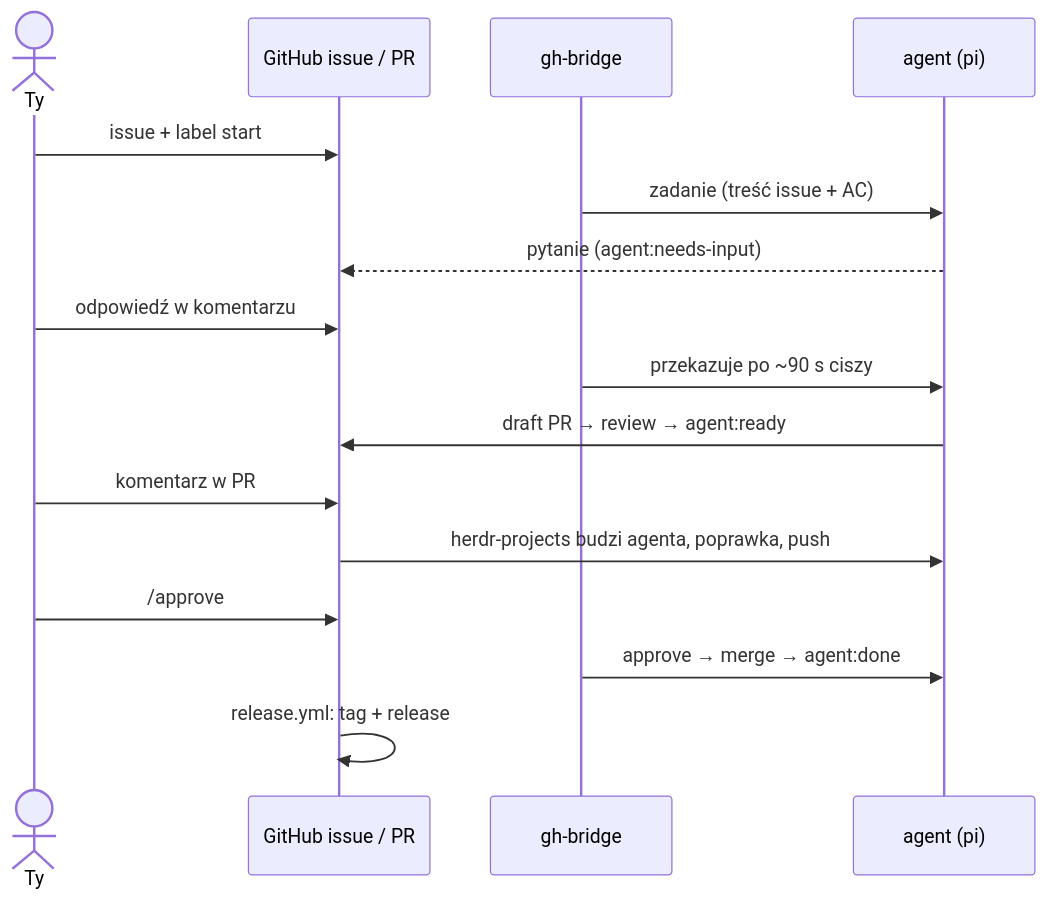
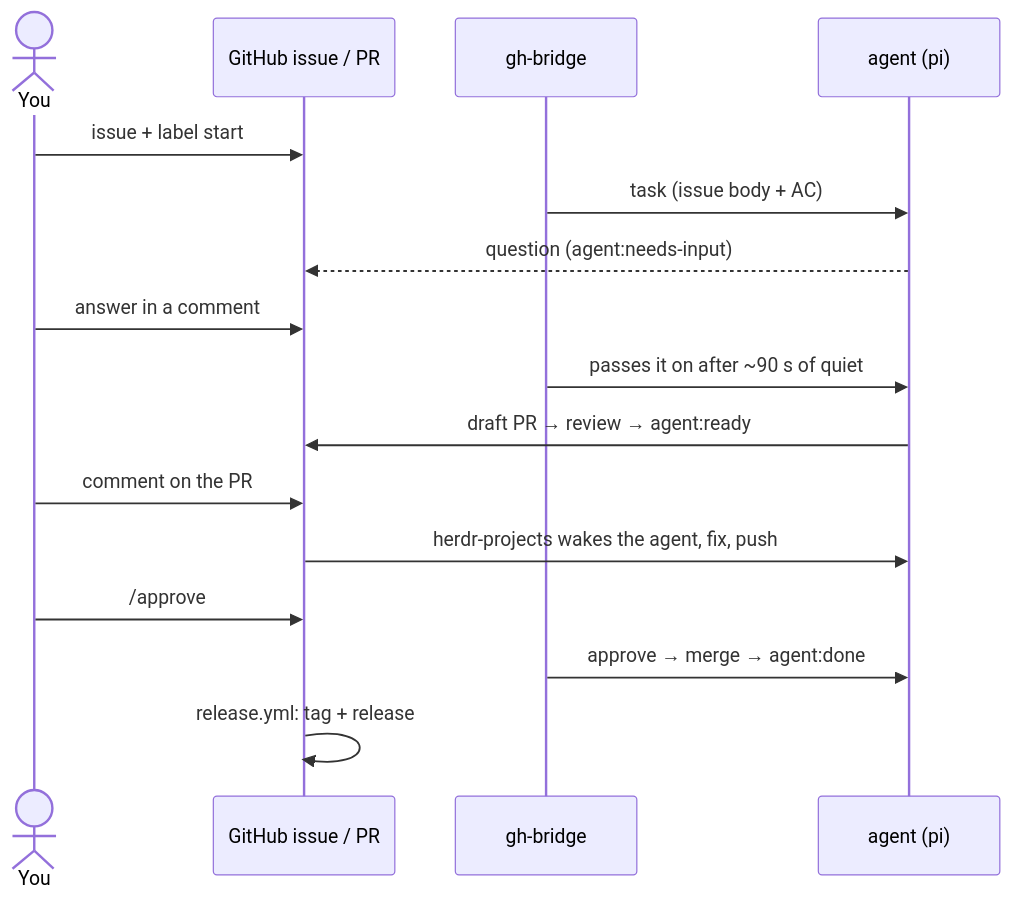
One commit to worotyns/autonomous changed the third of 3 diagrams in README.md. Above: the diagram before and after it, drawn with Mermaid. The commit also changed other lines of this file and 1 other file, not shown here.

````diff
--- a/README.md
+++ b/README.md
@@ -101,18 +101,18 @@
 ```mermaid
 sequenceDiagram
-    actor Ty
+    actor You
     participant GH as GitHub issue / PR
     participant B as gh-bridge
     participant A as agent (pi)
-    Ty->>GH: issue + label start
-    B->>A: zadanie (treść issue + AC)
-    A-->>GH: pytanie (agent:needs-input)
-    Ty->>GH: odpowiedź w komentarzu
-    B->>A: przekazuje po ~90 s ciszy
+    You->>GH: issue + label start
+    B->>A: task (issue body + AC)
+    A-->>GH: question (agent:needs-input)
+    You->>GH: answer in a comment
+    B->>A: passes it on after ~90 s of quiet
     A->>GH: draft PR → review → agent:ready
-    Ty->>GH: komentarz w PR
-    GH->>A: herdr-projects budzi agenta, poprawka, push
-    Ty->>GH: /approve
+    You->>GH: comment on the PR
+    GH->>A: herdr-projects wakes the agent, fix, push
+    You->>GH: /approve
     B->>A: approve → merge → agent:done
     GH->>GH: release.yml: tag + release
 ```
````
